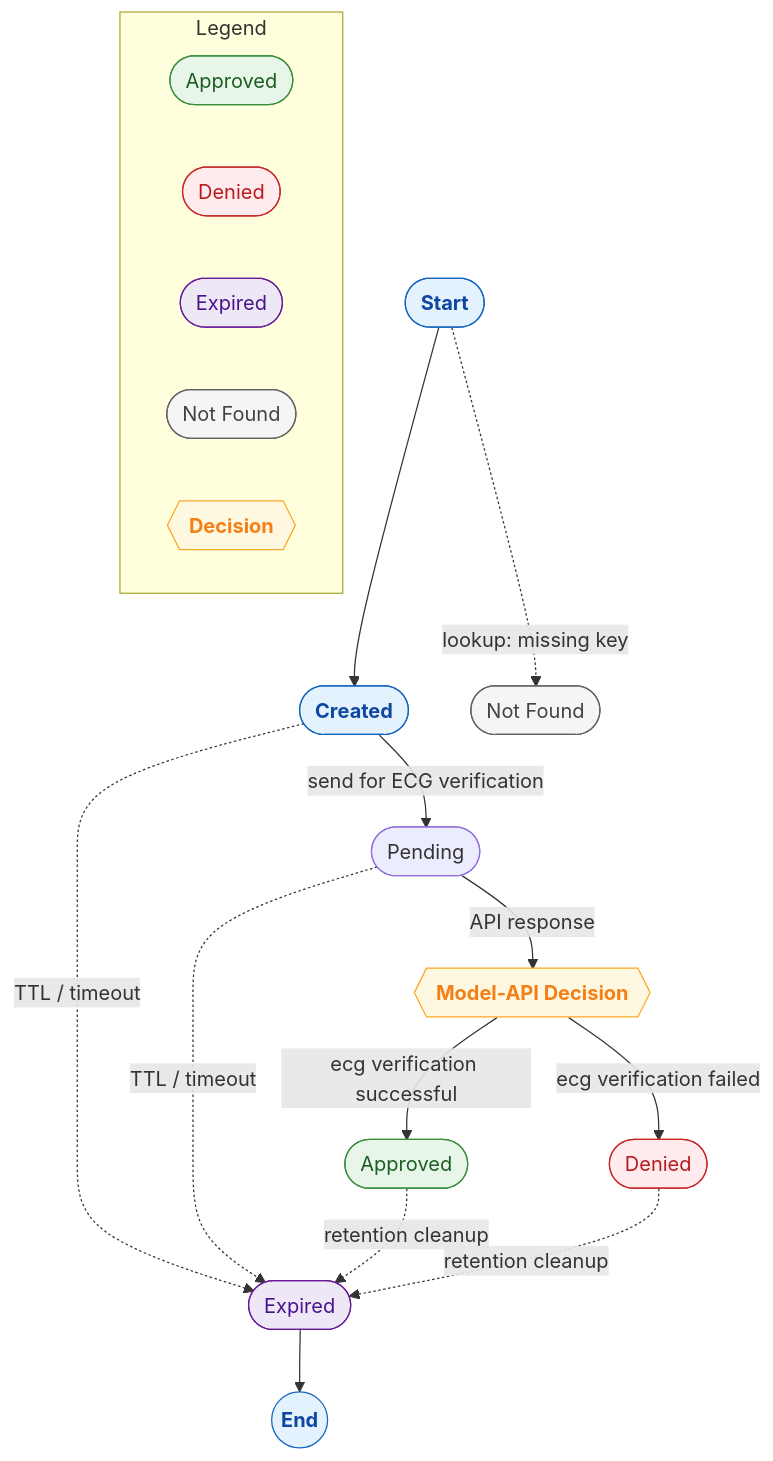
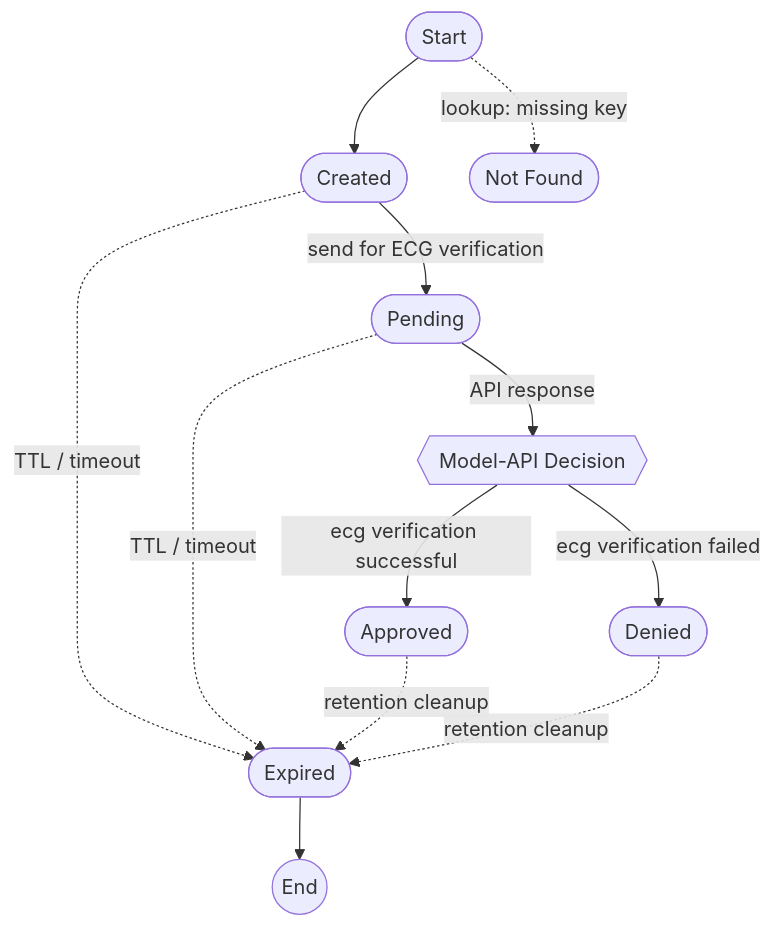
One commit to KN-Emognition/heartauth-docs changed the diagram in challenge-flow-state-machine.mermaid. Above: the diagram before and after it, drawn with Mermaid. The commit also changed 4 other files, not shown here.

Commit message:
chore: update diagrams

```diff
--- a/challenge-flow-state-machine.mermaid
+++ b/challenge-flow-state-machine.mermaid
@@ -1,40 +1,25 @@
 flowchart TB
-    classDef startEnd fill:#e3f2fd,stroke:#1565c0,color:#0d47a1,font-weight:bold;
-    classDef terminal fill:#e8f5e9,stroke:#388e3c,color:#1b5e20;
-    classDef error fill:#ffebee,stroke:#c62828,color:#b71c1c;
-    classDef expired fill:#ede7f6,stroke:#6a1b9a,color:#4a148c;
-    classDef tech fill:#f5f5f5,stroke:#616161,color:#424242;
-    classDef decision fill:#fff8e1,stroke:#f9a825,color:#f57f17,font-weight:bold;
-
     start([Start]):::startEnd
     created([Created]):::startEnd
     pending([Pending])
     decision{{Model-API Decision}}:::decision
     approved([Approved]):::terminal
     denied([Denied]):::error
     expired([Expired]):::expired
     notfound([Not&nbsp;Found]):::tech
     finish((End)):::startEnd
 
     start --> created 
     created -->|send for ECG verification| pending
     pending -->|API response| decision
     decision -->|ecg verification successful| approved
     decision -->|ecg verification failed| denied
 
     created -.->|TTL / timeout| expired
     pending -.->|TTL / timeout| expired
     approved -.->|retention cleanup| expired
     denied -.->|retention cleanup| expired
 
     expired --> finish
 
     start -.->|lookup: missing key| notfound
-
-    subgraph Legend
-      a1([Approved]):::terminal
-      a2([Denied]):::error
-      a3([Expired]):::expired
-      a4([Not&nbsp;Found]):::tech
-      a5{{Decision}}:::decision
-    end
```
